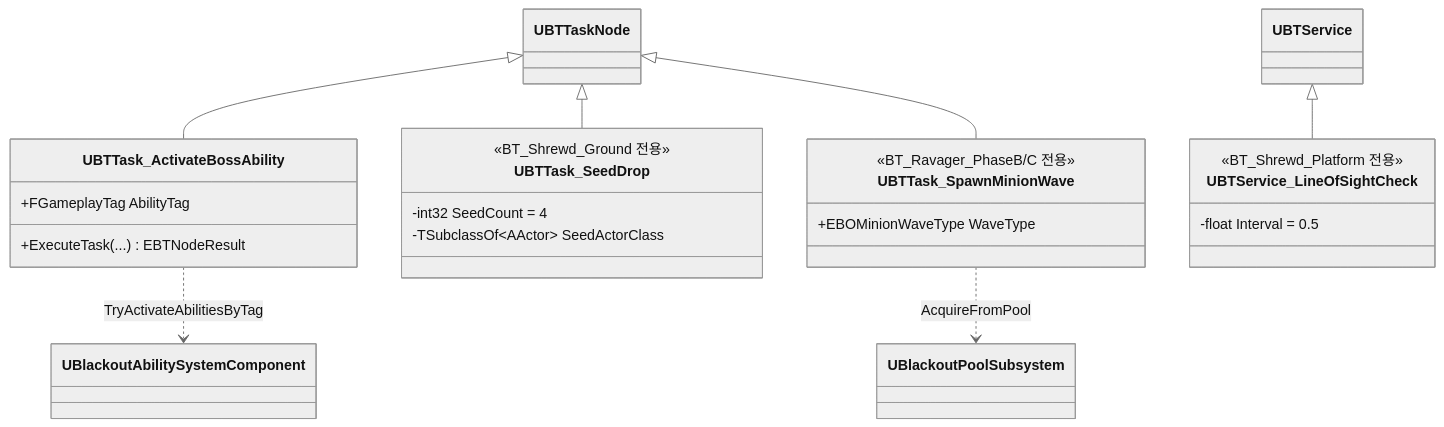
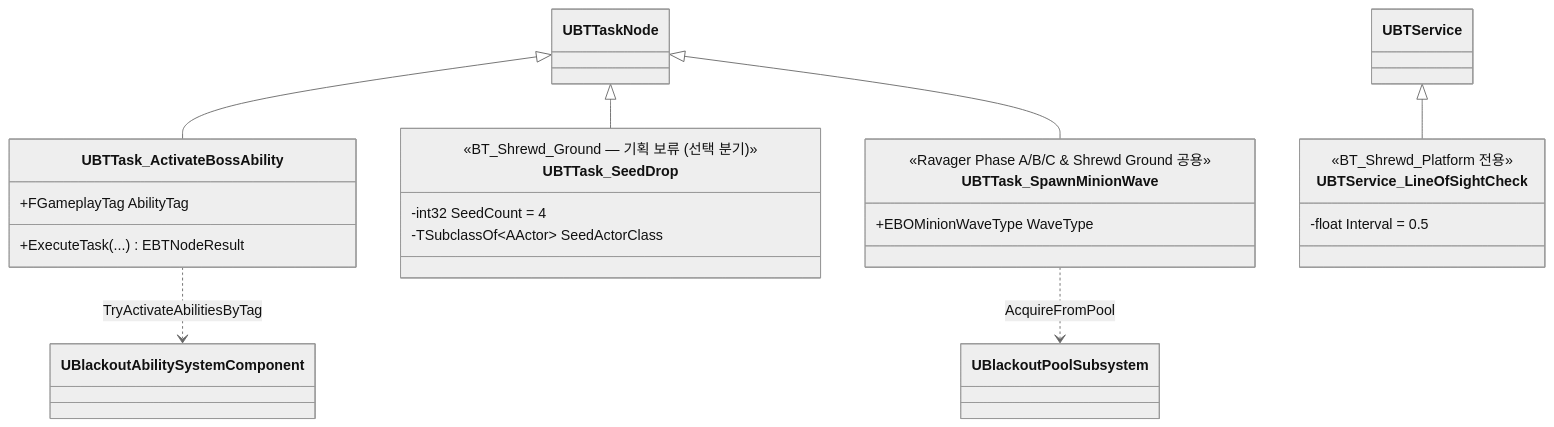
The fifth of 5 diagrams in Docs/AI_Boss/03_StateTree_SubBT_Assets.md (seongwon1579/ProjectBlackout), drawn with Mermaid (neutral theme) before and after one commit. The commit also changed other lines of this file and 10 other files, not shown here.

First line of the commit message:
Docs: GDD 개정 및 AI/Boss 기술 설계서, 클래스 다이어그램 수정

````diff
--- a/Docs/AI_Boss/03_StateTree_SubBT_Assets.md
+++ b/Docs/AI_Boss/03_StateTree_SubBT_Assets.md
@@ -211,33 +229,33 @@
 ```mermaid
 classDiagram
     direction TB
 
     UBTTaskNode <|-- UBTTask_ActivateBossAbility
     UBTTaskNode <|-- UBTTask_SeedDrop
     UBTTaskNode <|-- UBTTask_SpawnMinionWave
     UBTService <|-- UBTService_LineOfSightCheck
 
     class UBTTask_ActivateBossAbility {
         +FGameplayTag AbilityTag
         +ExecuteTask(...) EBTNodeResult
     }
 
     class UBTTask_SeedDrop {
-        <<BT_Shrewd_Ground 전용>>
+        <<BT_Shrewd_Ground — 기획 보류 (선택 분기)>>
         -int32 SeedCount = 4
         -TSubclassOf~AActor~ SeedActorClass
     }
 
     class UBTTask_SpawnMinionWave {
-        <<BT_Ravager_PhaseB/C 전용>>
+        <<Ravager Phase A/B/C & Shrewd Ground 공용>>
         +EBOMinionWaveType WaveType
     }
 
     class UBTService_LineOfSightCheck {
         <<BT_Shrewd_Platform 전용>>
         -float Interval = 0.5
     }
 
     UBTTask_ActivateBossAbility ..> UBlackoutAbilitySystemComponent : TryActivateAbilitiesByTag
     UBTTask_SpawnMinionWave ..> UBlackoutPoolSubsystem : AcquireFromPool
 ```
````
